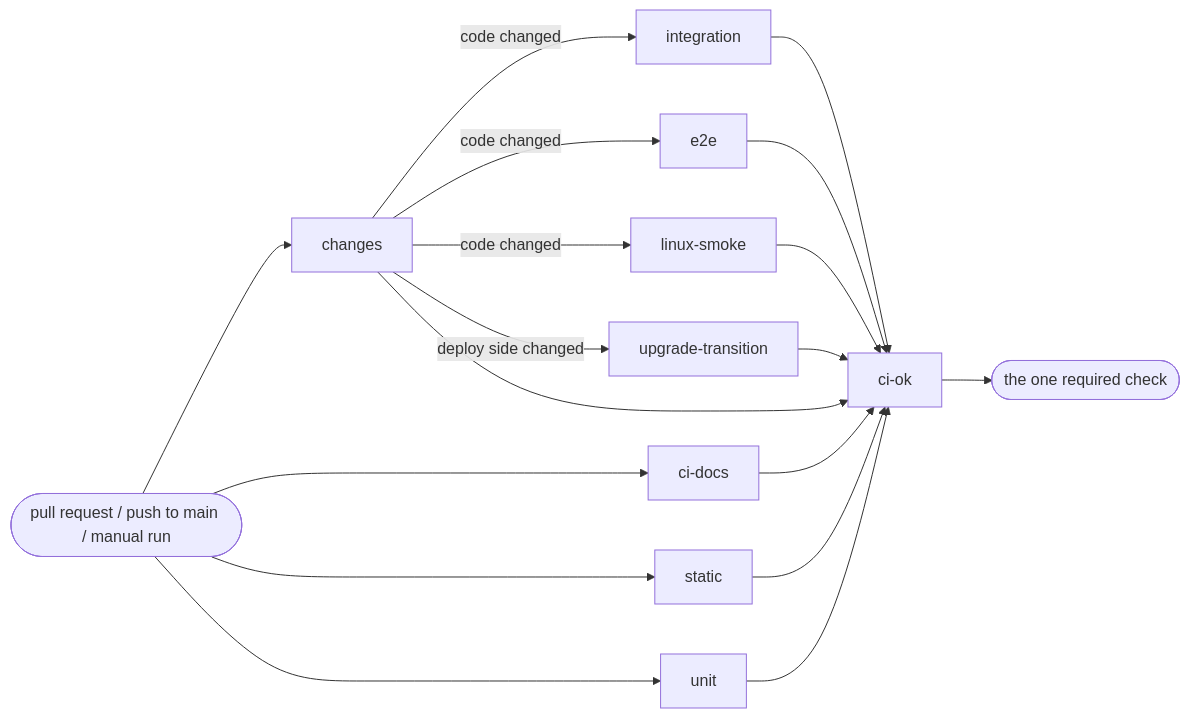
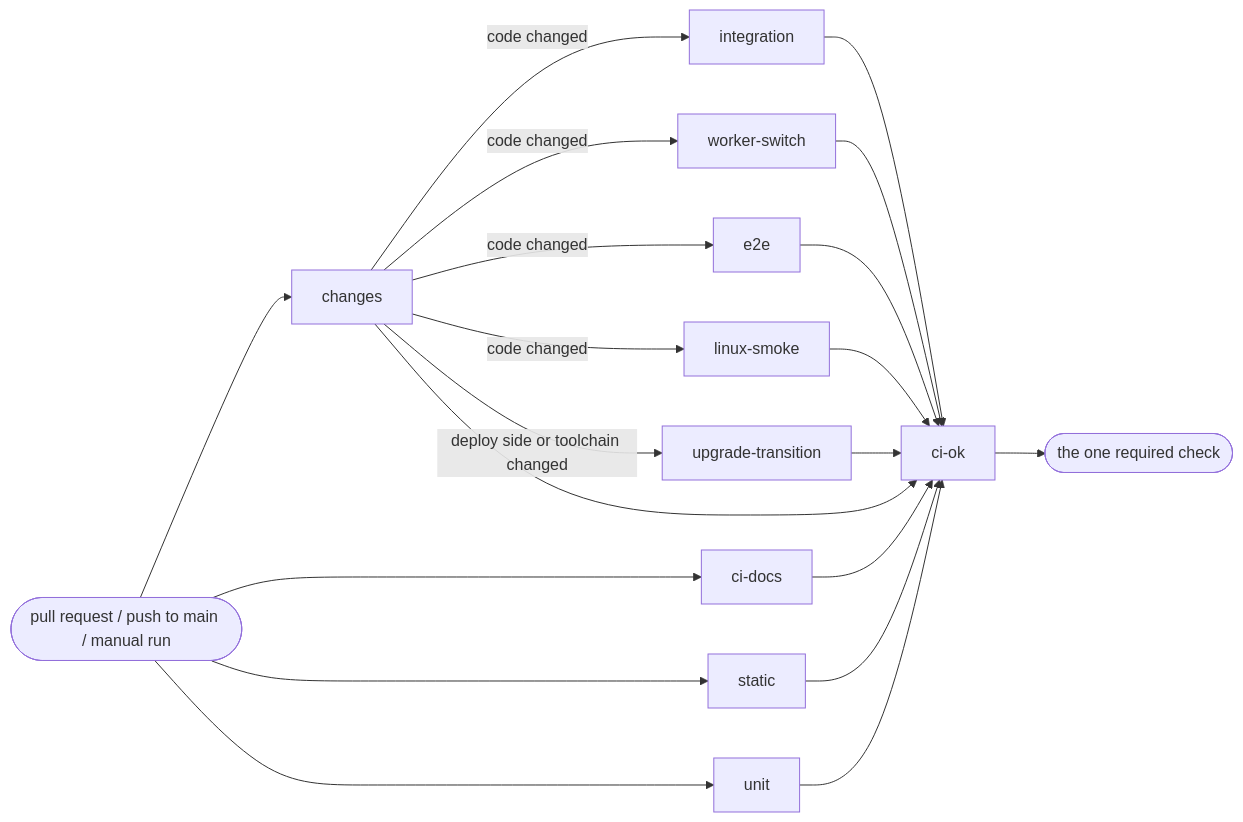
One commit to Joevonlong/job-radar changed the diagram in docs/ci.md. Above: the diagram before and after it, drawn with Mermaid. The commit also changed other lines of this file and 8 other files, not shown here.

First line of the commit message:
ci: run worker switch and upgrade transition as parallel shards (#87)

````diff
--- a/docs/ci.md
+++ b/docs/ci.md
@@ -20,20 +20,22 @@
 ```mermaid
 flowchart LR
   PR([pull request / push to main / manual run]) --> changes
   PR --> ci-docs
   PR --> static
   PR --> unit
   changes -- code changed --> integration
+  changes -- code changed --> worker-switch
   changes -- code changed --> e2e
   changes -- code changed --> linux-smoke
-  changes -- deploy side changed --> upgrade-transition
+  changes -- deploy side or toolchain changed --> upgrade-transition
   changes --> ci-ok
   ci-docs --> ci-ok
   static --> ci-ok
   unit --> ci-ok
   integration --> ci-ok
+  worker-switch --> ci-ok
   e2e --> ci-ok
   linux-smoke --> ci-ok
   upgrade-transition --> ci-ok
   ci-ok --> merge([the one required check])
 ```
````
